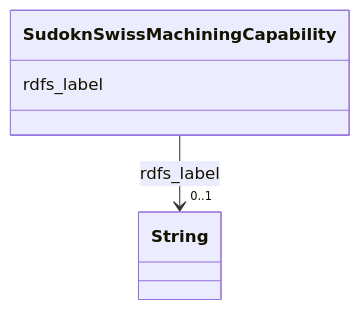
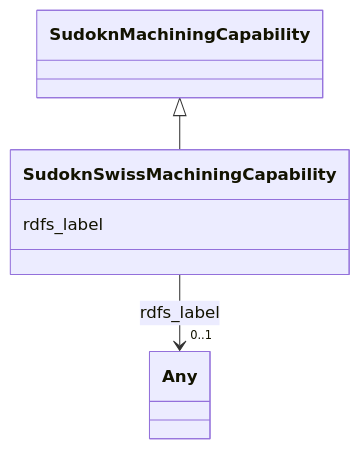
Before and after one commit to frink-okn/graph-descriptions: the diagram in sudokn-kg/classes/SudoknSwissMachiningCapability.md, drawn with Mermaid. The commit also changed other lines of this file and 903 other files, not shown here.

````diff
--- a/sudokn-kg/classes/SudoknSwissMachiningCapability.md
+++ b/sudokn-kg/classes/SudoknSwissMachiningCapability.md
@@ -23,15 +18,18 @@
 ```mermaid
  classDiagram
     class SudoknSwissMachiningCapability
     click SudoknSwissMachiningCapability href "../SudoknSwissMachiningCapability"
+      SudoknMachiningCapability <|-- SudoknSwissMachiningCapability
+        click SudoknMachiningCapability href "../SudoknMachiningCapability"
+      
       SudoknSwissMachiningCapability : rdfs_label
         
           
     
     
-    SudoknSwissMachiningCapability --> "0..1" String : rdfs_label
-    click String href "../String"
+    SudoknSwissMachiningCapability --> "0..1" Any : rdfs_label
+    click Any href "../Any"
 
         
       
 ```
````
